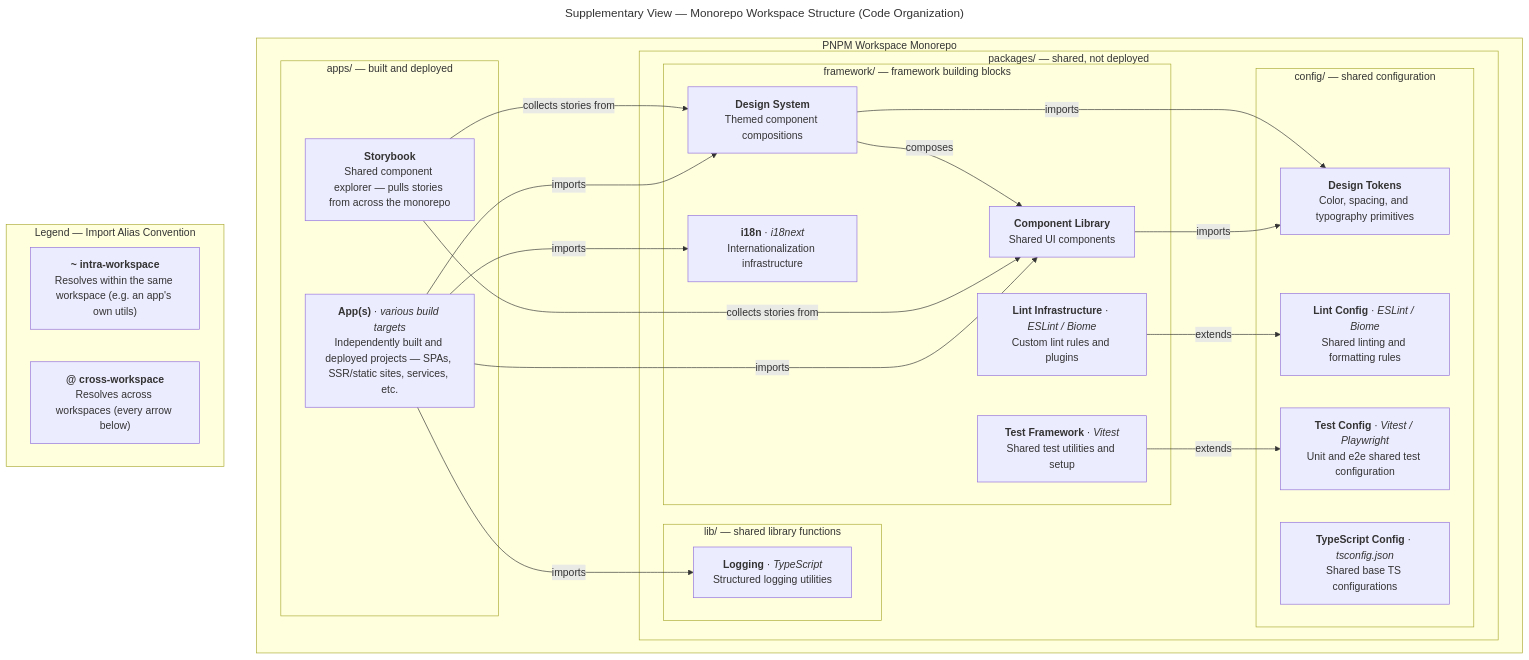
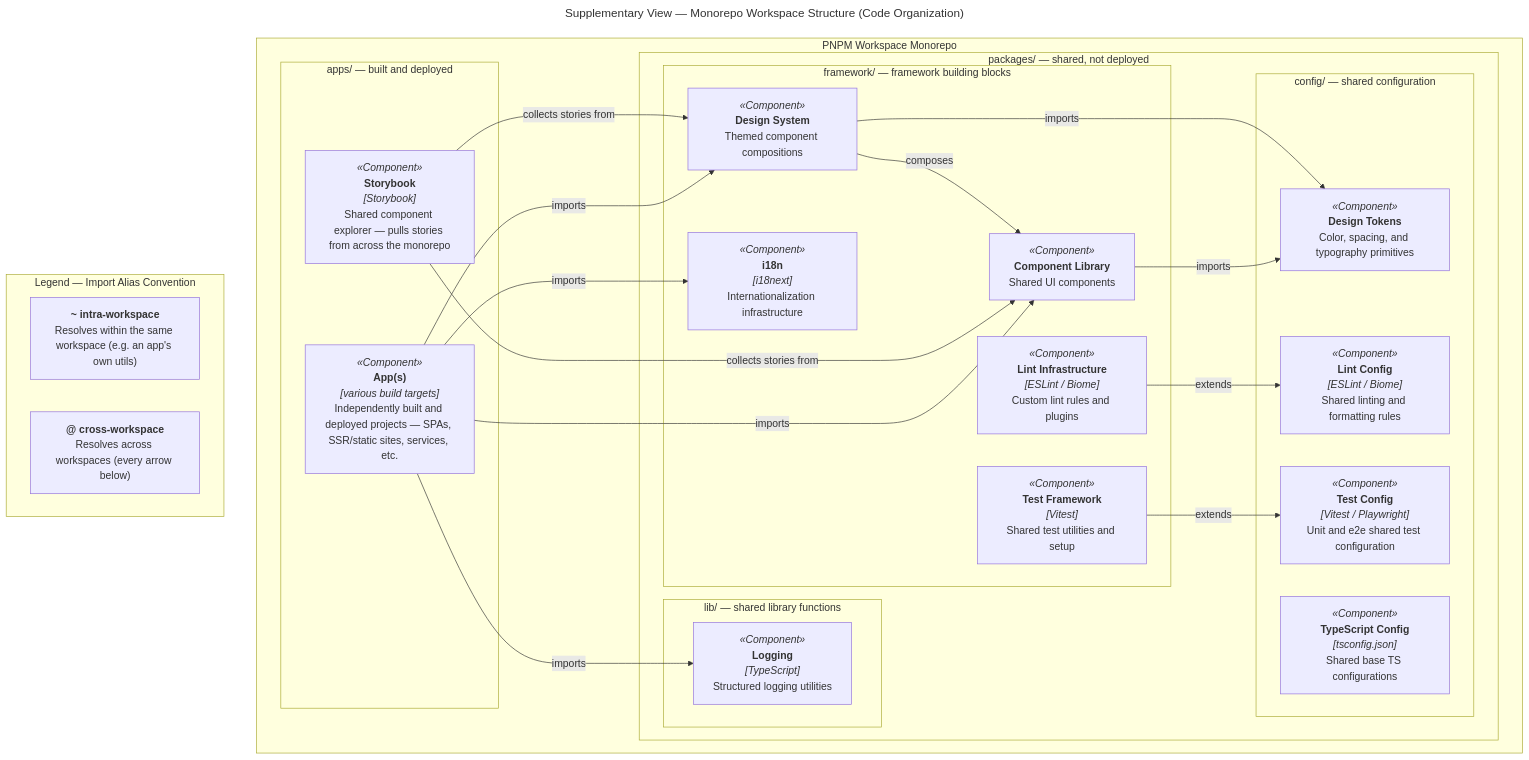
The diagram in src/content/blog/2026-07-16-pnpm-monorepo-shared-infra/diagrams/workspace-structure.mmd (cbuchert/christianbuchert.com), drawn with Mermaid before and after one commit. The commit also changed 1 other file, not shown here.

Commit message:
Restore C4 context lost in the flowchart conversion
Add the labels the C4 renderer produced automatically: «Component» /
«External System» stereotypes on each card, technology in C4's [bracket]
style, and boundary type tags ([Container], [system]) on subgraph titles.
Legend entries stay stereotype-free since they aren't C4 elements.

```diff
--- a/src/content/blog/2026-07-16-pnpm-monorepo-shared-infra/diagrams/workspace-structure.mmd
+++ b/src/content/blog/2026-07-16-pnpm-monorepo-shared-infra/diagrams/workspace-structure.mmd
@@ -1,59 +1,80 @@
 ---
 title: "Supplementary View — Monorepo Workspace Structure (Code Organization)"
 ---
 flowchart TB
   subgraph monorepo["PNPM Workspace Monorepo"]
     subgraph pkgs["packages/ — shared, not deployed"]
       subgraph config["config/ — shared configuration"]
-        designTokens["`**Design Tokens**
+        designTokens["`_«Component»_
+**Design Tokens**
 Color, spacing, and typography primitives`"]
-        lintConfig["`**Lint Config** · _ESLint / Biome_
+        lintConfig["`_«Component»_
+**Lint Config**
+_[ESLint / Biome]_
 Shared linting and formatting rules`"]
-        testConfig["`**Test Config** · _Vitest / Playwright_
+        testConfig["`_«Component»_
+**Test Config**
+_[Vitest / Playwright]_
 Unit and e2e shared test configuration`"]
-        tsConfig["`**TypeScript Config** · _tsconfig.json_
+        tsConfig["`_«Component»_
+**TypeScript Config**
+_[tsconfig.json]_
 Shared base TS configurations`"]
       end
       subgraph framework["framework/ — framework building blocks"]
-        components["`**Component Library**
+        components["`_«Component»_
+**Component Library**
 Shared UI components`"]
-        designSystem["`**Design System**
+        designSystem["`_«Component»_
+**Design System**
 Themed component compositions`"]
-        i18n["`**i18n** · _i18next_
+        i18n["`_«Component»_
+**i18n**
+_[i18next]_
 Internationalization infrastructure`"]
-        testFramework["`**Test Framework** · _Vitest_
+        testFramework["`_«Component»_
+**Test Framework**
+_[Vitest]_
 Shared test utilities and setup`"]
-        lintInfra["`**Lint Infrastructure** · _ESLint / Biome_
+        lintInfra["`_«Component»_
+**Lint Infrastructure**
+_[ESLint / Biome]_
 Custom lint rules and plugins`"]
       end
       subgraph libs["lib/ — shared library functions"]
-        logging["`**Logging** · _TypeScript_
+        logging["`_«Component»_
+**Logging**
+_[TypeScript]_
 Structured logging utilities`"]
       end
     end
     subgraph appsBoundary["apps/ — built and deployed"]
-      app["`**App(s)** · _various build targets_
+      app["`_«Component»_
+**App(s)**
+_[various build targets]_
 Independently built and deployed projects — SPAs, SSR/static sites, services, etc.`"]
-      storybook["`**Storybook**
+      storybook["`_«Component»_
+**Storybook**
+_[Storybook]_
 Shared component explorer — pulls stories from across the monorepo`"]
     end
   end
 
   subgraph legend["Legend — Import Alias Convention"]
     aliasIntra["`**\~ intra-workspace**
 Resolves within the same workspace (e.g. an app's own utils)`"]
     aliasCross["`**@ cross-workspace**
 Resolves across workspaces (every arrow below)`"]
   end
 
   app -->|"imports"| components
   app -->|"imports"| designSystem
   app -->|"imports"| i18n
   app -->|"imports"| logging
   storybook -->|"collects stories from"| components
   storybook -->|"collects stories from"| designSystem
   components -->|"imports"| designTokens
   designSystem -->|"composes"| components
   designSystem -->|"imports"| designTokens
   lintInfra -->|"extends"| lintConfig
   testFramework -->|"extends"| testConfig
```
